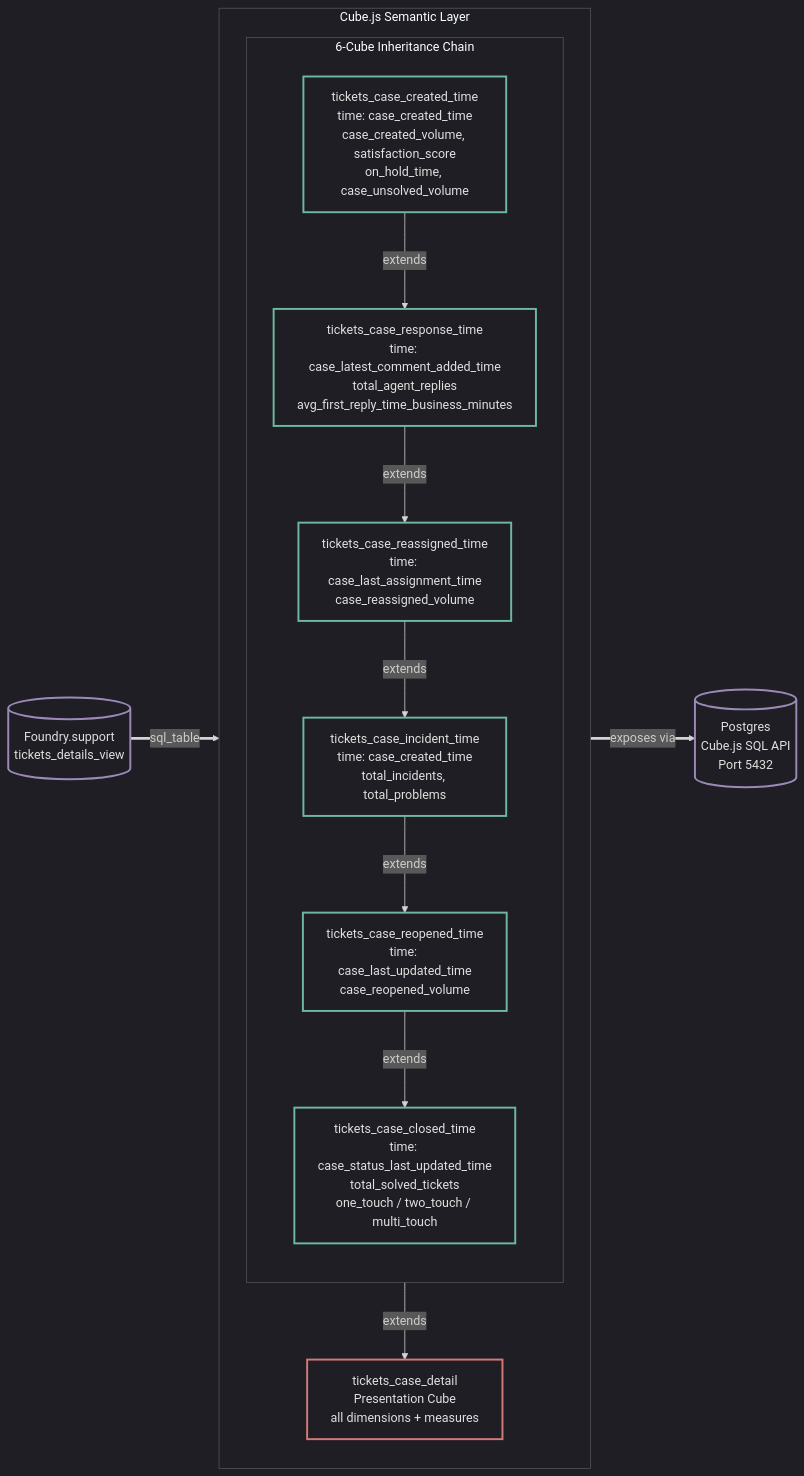
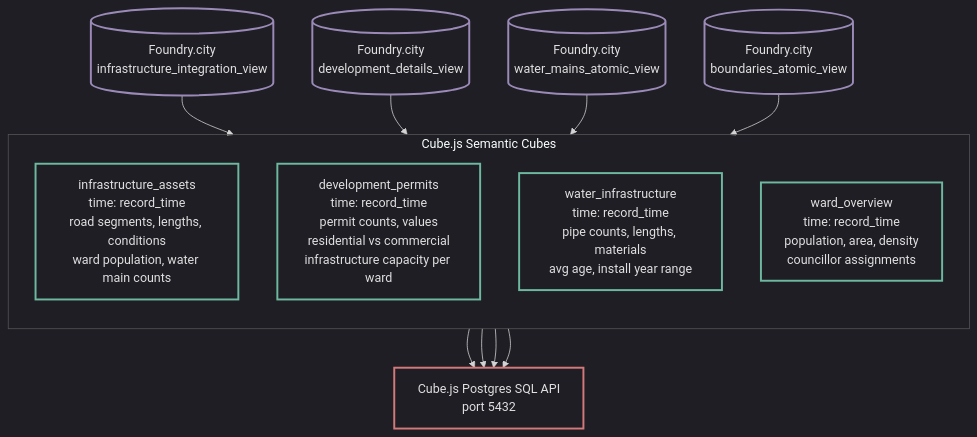
Before and after one commit to MetricForge-Analytics-Inc/MetricForge-City-Foundation: the fifth of 9 diagrams in Documentation/Architecture/system-architecture.md, drawn with Mermaid. The commit also changed other lines of this file and 93 other files, not shown here.

````diff
--- a/Documentation/Architecture/system-architecture.md
+++ b/Documentation/Architecture/system-architecture.md
@@ -290,31 +173,31 @@
 ```mermaid
 %%{init: {'theme': 'dark', 'themeVariables': {'mainBkg': 'transparent', 'nodeBorder': '#555', 'clusterBkg': 'transparent', 'clusterBorder': '#555'}}}%%
-flowchart LR
-    classDef data fill:none,color:#e0e0e0,stroke:#6db89e,stroke-width:2.5px
+flowchart TD
     classDef semantic fill:none,color:#e0e0e0,stroke:#6db89e,stroke-width:2.5px
+    classDef db fill:none,color:#e0e0e0,stroke:#9b8ab8,stroke-width:2.5px
     classDef config fill:none,color:#e0e0e0,stroke:#d4797a,stroke-width:2.5px
-    classDef db fill:none,color:#e0e0e0,stroke:#9b8ab8,stroke-width:2.5px
 
-    SOURCE[("Foundry.support<br/>tickets_details_view")]:::db
+    SOURCE1[("Foundry.city<br/>infrastructure_integration_view")]:::db
+    SOURCE2[("Foundry.city<br/>development_details_view")]:::db
+    SOURCE3[("Foundry.city<br/>water_mains_atomic_view")]:::db
+    SOURCE4[("Foundry.city<br/>boundaries_atomic_view")]:::db
 
-    subgraph CUBEJS ["Cube.js Semantic Layer"]
+    subgraph CUBES ["Cube.js Semantic Cubes"]
         direction TB
-        subgraph CHAIN ["6-Cube Inheritance Chain"]
-            direction TB
-            C1["tickets_case_created_time<br/>time: case_created_time<br/>case_created_volume, satisfaction_score<br/>on_hold_time, case_unsolved_volume"]:::semantic
-            C2["tickets_case_response_time<br/>time: case_latest_comment_added_time<br/>total_agent_replies<br/>avg_first_reply_time_business_minutes"]:::semantic
-            C3["tickets_case_reassigned_time<br/>time: case_last_assignment_time<br/>case_reassigned_volume"]:::semantic
-            C4["tickets_case_incident_time<br/>time: case_created_time<br/>total_incidents, total_problems"]:::semantic
-            C5["tickets_case_reopened_time<br/>time: case_last_updated_time<br/>case_reopened_volume"]:::semantic
-            C6["tickets_case_closed_time<br/>time: case_status_last_updated_time<br/>total_solved_tickets<br/>one_touch / two_touch / multi_touch"]:::semantic
-            C1 -->|extends| C2 -->|extends| C3 -->|extends| C4 -->|extends| C5 -->|extends| C6
-        end
-        C7["tickets_case_detail<br/>Presentation Cube<br/>all dimensions + measures"]:::config
-        C6 -->|extends| C7
+        C1["infrastructure_assets<br/>time: record_time<br/>road segments, lengths, conditions<br/>ward population, water main counts"]:::semantic
+        C2["development_permits<br/>time: record_time<br/>permit counts, values<br/>residential vs commercial<br/>infrastructure capacity per ward"]:::semantic
+        C3["water_infrastructure<br/>time: record_time<br/>pipe counts, lengths, materials<br/>avg age, install year range"]:::semantic
+        C4["ward_overview<br/>time: record_time<br/>population, area, density<br/>councillor assignments"]:::semantic
     end
 
-    PG[("Postgres<br/>Cube.js SQL API<br/>Port 5432")]:::db
+    PG["Cube.js Postgres SQL API<br/>port 5432"]:::config
 
-    SOURCE ==>|sql_table| C1
-    C7 ==>|"exposes via"| PG
+    SOURCE1 --> C1
+    SOURCE2 --> C2
+    SOURCE3 --> C3
+    SOURCE4 --> C4
+    C1 --> PG
+    C2 --> PG
+    C3 --> PG
+    C4 --> PG
 ```
````
